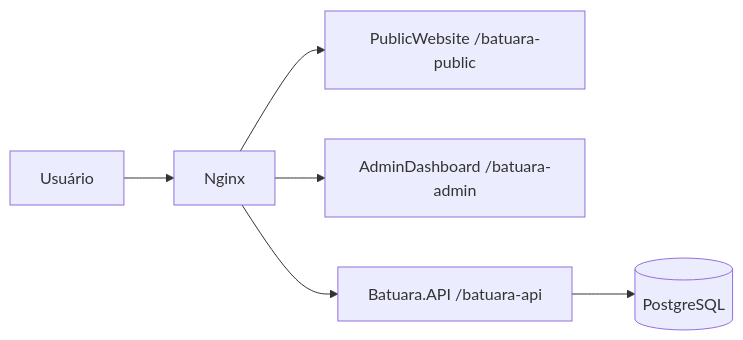
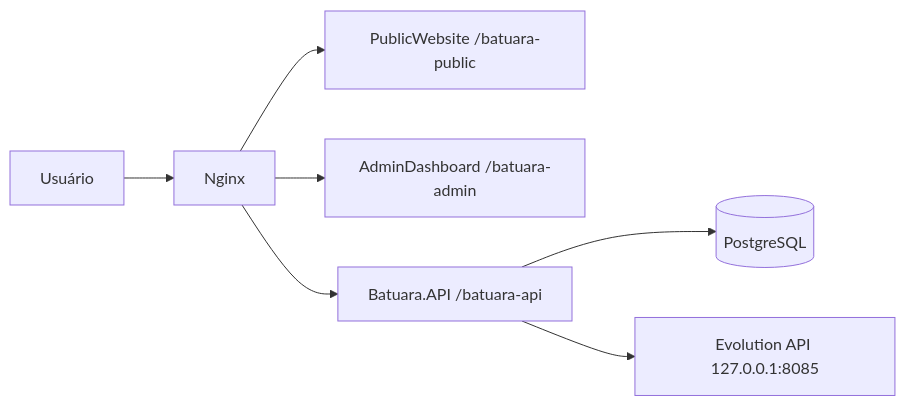
One commit to guelfi/Batuara.net changed the diagram in agent.md. Above: the diagram before and after it, drawn with Mermaid. The commit also changed other lines of this file and 82 other files, not shown here.

Commit message:
feat: add WhatsApp member flows and recurring contributions

````diff
--- a/agent.md
+++ b/agent.md
@@ -18,8 +19,9 @@
 ```mermaid
 flowchart LR
   U["Usuário"] --> N["Nginx"]
   N --> PW["PublicWebsite /batuara-public"]
   N --> AD["AdminDashboard /batuara-admin"]
   N --> API["Batuara.API /batuara-api"]
   API --> DB[("PostgreSQL")]
+  API --> EVO["Evolution API 127.0.0.1:8085"]
 ```
````
